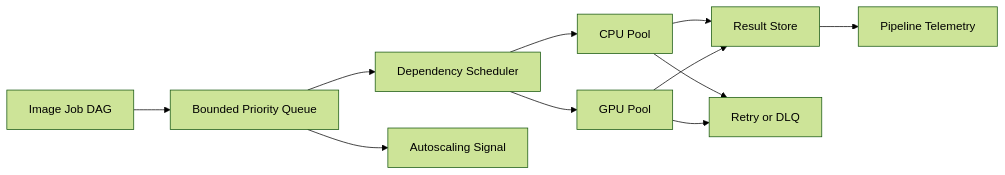
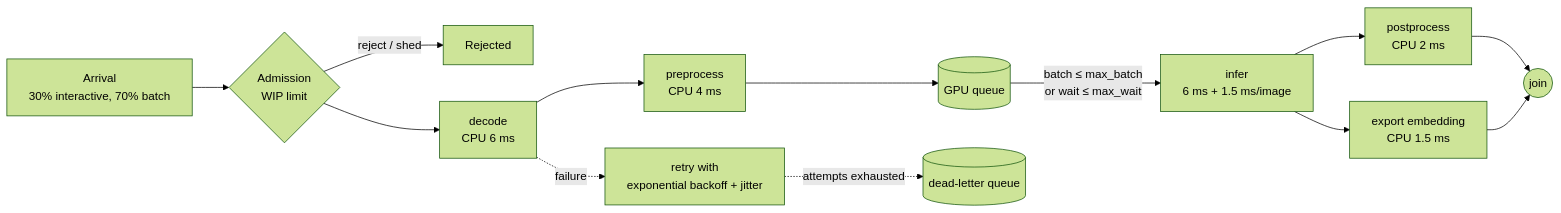
Before and after one commit to asher0913/vision-pipeline-orchestrator: the diagram in README.md, drawn with Mermaid (forest theme). The commit also changed other lines of this file and 23 other files, not shown here.

````diff
--- a/README.md
+++ b/README.md
@@ -20,13 +13,15 @@
 ```mermaid
 flowchart LR
-  J[Image Job DAG] --> Q[Bounded Priority Queue]
-  Q --> S[Dependency Scheduler]
-  S --> C[CPU Pool]
-  S --> G[GPU Pool]
-  C --> R[Result Store]
-  G --> R
-  C --> X[Retry or DLQ]
-  G --> X
-  Q --> A[Autoscaling Signal]
-  R --> T[Pipeline Telemetry]
+    A[Arrival<br/>30% interactive, 70% batch] --> G{Admission<br/>WIP limit}
+    G -->|reject / shed| R[Rejected]
+    G --> D[decode<br/>CPU 6 ms]
+    D --> P[preprocess<br/>CPU 4 ms]
+    P --> Q[(GPU queue)]
+    Q -->|batch ≤ max_batch<br/>or wait ≤ max_wait| I[infer<br/>6 ms + 1.5 ms/image]
+    I --> O[postprocess<br/>CPU 2 ms]
+    I --> E[export embedding<br/>CPU 1.5 ms]
+    O --> J((join))
+    E --> J
+    D -. failure .-> B[retry with<br/>exponential backoff + jitter]
+    B -. attempts exhausted .-> L[(dead-letter queue)]
 ```
````
